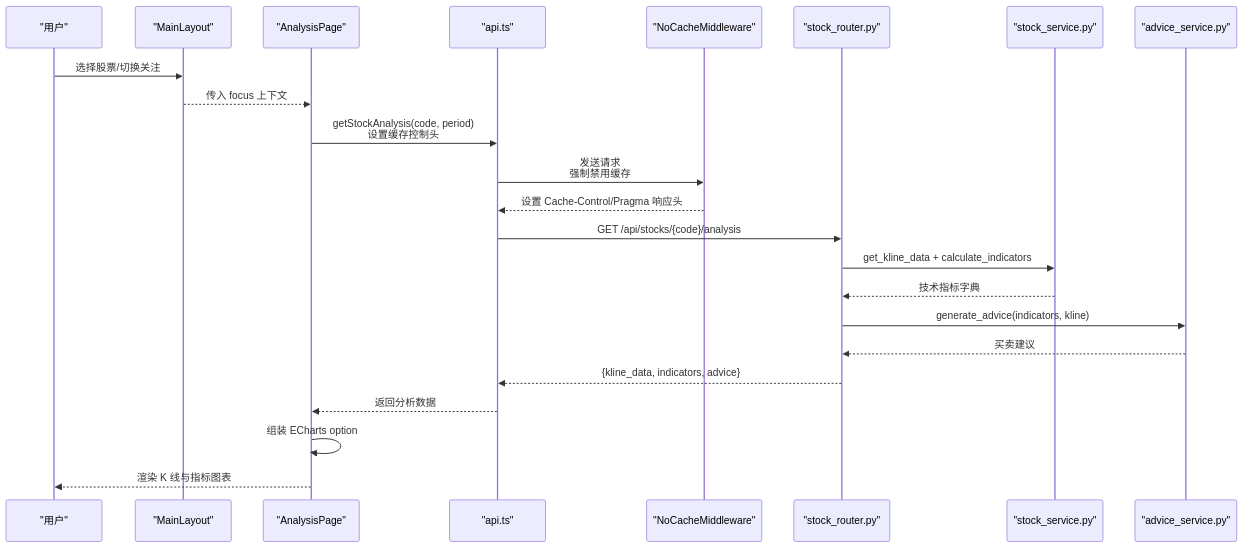
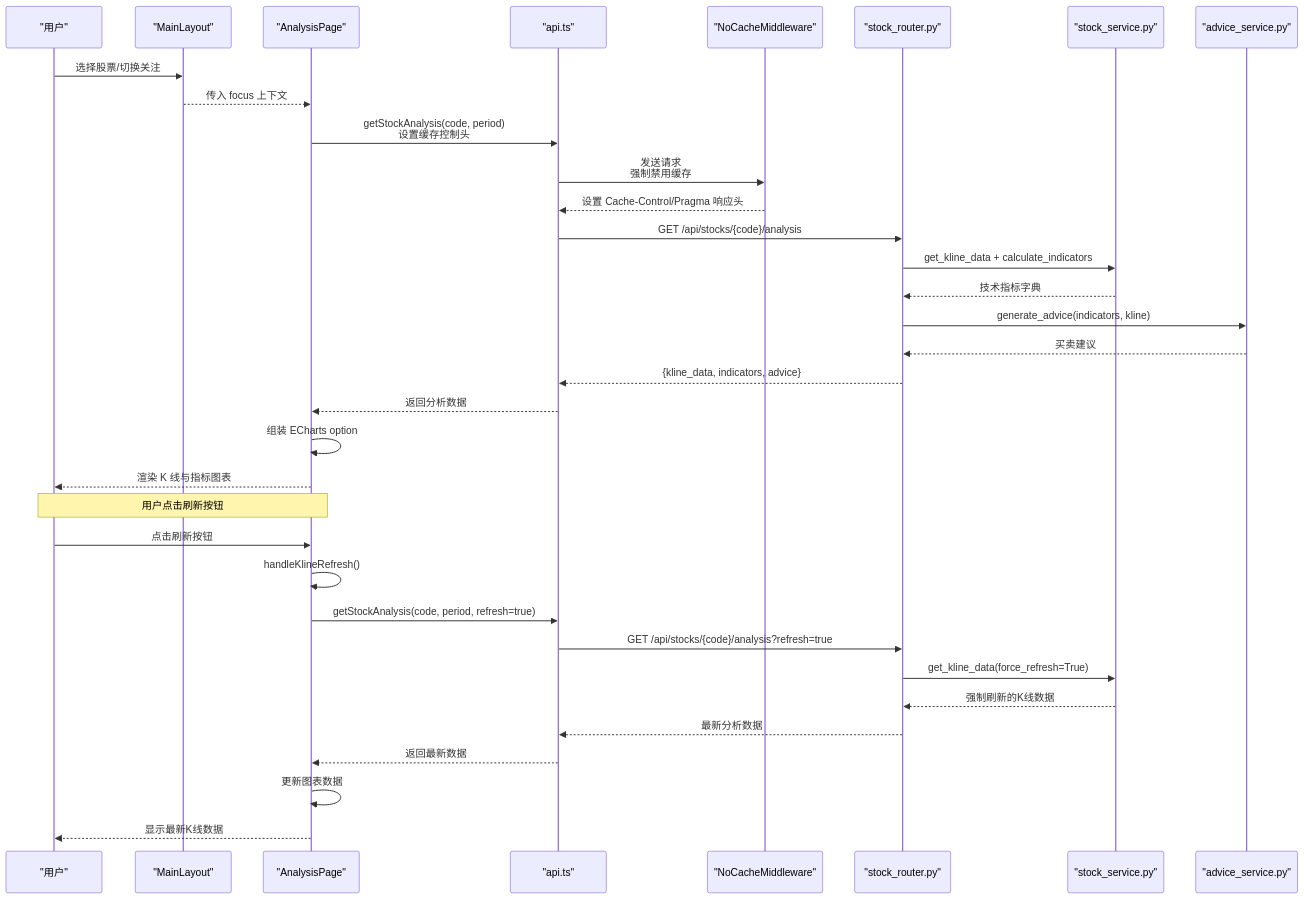
The second of 8 diagrams in .qoder/repowiki/zh/content/核心功能/技术面分析系统/图表展示集成.md (Moruime/stock_foker), drawn with Mermaid before and after one commit. The commit also changed other lines of this file and 16 other files, not shown here.

````diff
--- a/.qoder/repowiki/zh/content/核心功能/技术面分析系统/图表展示集成.md
+++ b/.qoder/repowiki/zh/content/核心功能/技术面分析系统/图表展示集成.md
@@ -118,25 +122,36 @@
 ```mermaid
 sequenceDiagram
 participant U as "用户"
 participant L as "MainLayout"
 participant P as "AnalysisPage"
 participant A as "api.ts"
 participant M as "NoCacheMiddleware"
 participant R as "stock_router.py"
 participant S as "stock_service.py"
 participant H as "advice_service.py"
 U->>L : 选择股票/切换关注
 L-->>P : 传入 focus 上下文
 P->>A : getStockAnalysis(code, period)<br/>设置缓存控制头
 A->>M : 发送请求<br/>强制禁用缓存
 M-->>A : 设置 Cache-Control/Pragma 响应头
 A->>R : GET /api/stocks/{code}/analysis
 R->>S : get_kline_data + calculate_indicators
 S-->>R : 技术指标字典
 R->>H : generate_advice(indicators, kline)
 H-->>R : 买卖建议
 R-->>A : {kline_data, indicators, advice}
 A-->>P : 返回分析数据
 P->>P : 组装 ECharts option
 P-->>U : 渲染 K 线与指标图表
+Note over U,P : 用户点击刷新按钮
+U->>P : 点击刷新按钮
+P->>P : handleKlineRefresh()
+P->>A : getStockAnalysis(code, period, refresh=true)
+A->>R : GET /api/stocks/{code}/analysis?refresh=true
+R->>S : get_kline_data(force_refresh=True)
+S-->>R : 强制刷新的K线数据
+R-->>A : 最新分析数据
+A-->>P : 返回最新数据
+P->>P : 更新图表数据
+P-->>U : 显示最新K线数据
 ```
````
